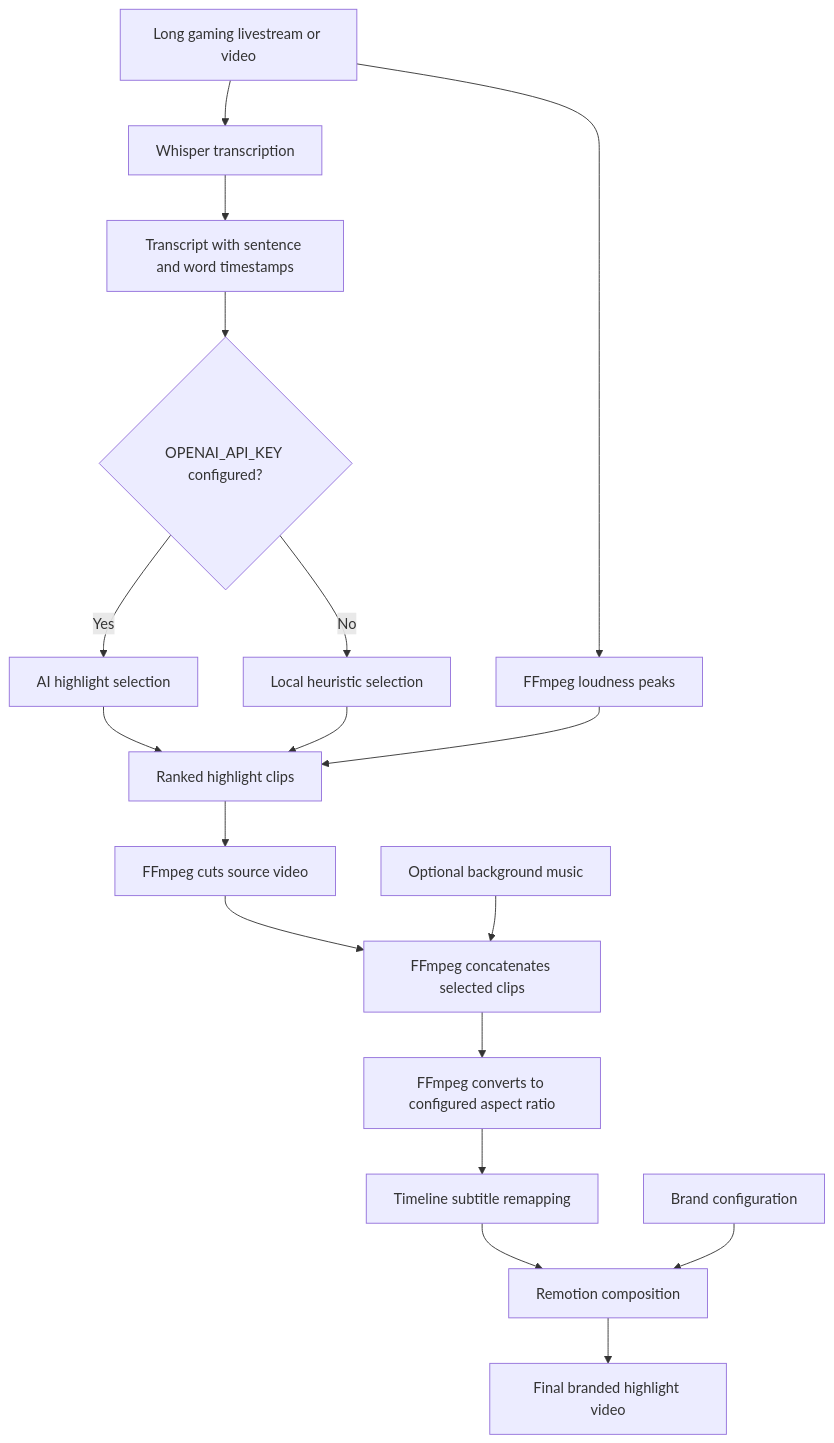
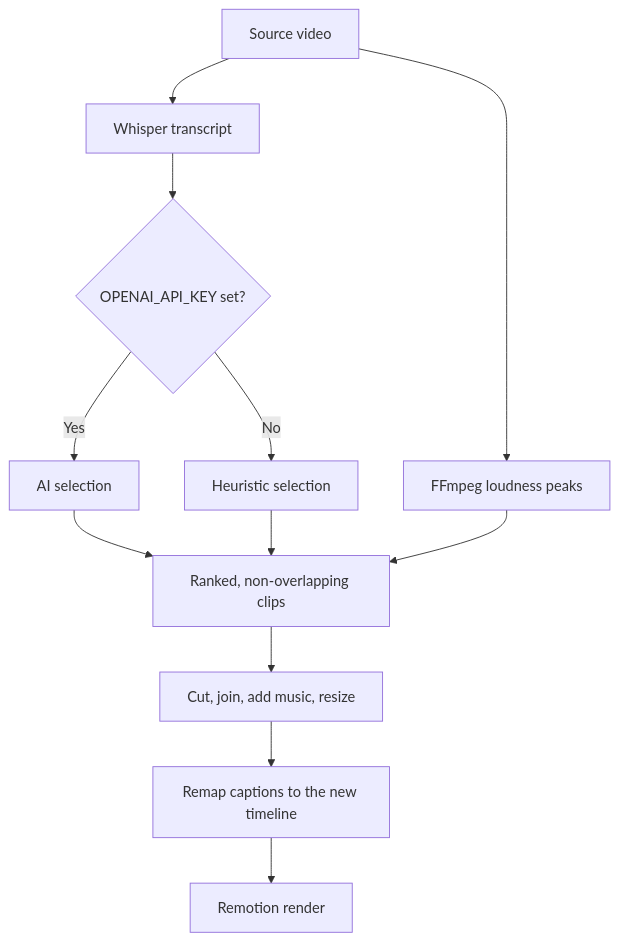
The diagram in README.md (dannyhoang249-hub/Gaming-Video-editing), drawn with Mermaid before and after one commit. The commit also changed other lines of this file and 3 other files, not shown here.

Commit message:
fix: shorter captions, correct music mixing, rewrite README

````diff
--- a/README.md
+++ b/README.md
@@ -43,27 +95,14 @@
 ```mermaid
 flowchart TD
-    A[Long gaming livestream or video] --> B[Whisper transcription]
-
-    B --> C[Transcript with sentence and word timestamps]
-    C --> D{OPENAI_API_KEY configured?}
-
-    D -->|Yes| E[AI highlight selection]
-    D -->|No| F[Local heuristic selection]
-
-    E --> G[Ranked highlight clips]
+    A[Source video] --> B[Whisper transcript]
+    A --> P[FFmpeg loudness peaks]
+    B --> D{OPENAI_API_KEY set?}
+    D -->|Yes| E[AI selection]
+    D -->|No| F[Heuristic selection]
+    E --> G[Ranked, non-overlapping clips]
     F --> G
-    A --> P[FFmpeg loudness peaks]
     P --> G
-
-    G --> H[FFmpeg cuts source video]
-    H --> I[FFmpeg concatenates selected clips]
-    I --> J[FFmpeg converts to configured aspect ratio]
-
-    J --> K[Timeline subtitle remapping]
-    K --> L[Remotion composition]
-
-    M[Brand configuration] --> L
-    N[Optional background music] --> I
-
-    L --> O[Final branded highlight video]
+    G --> H[Cut, join, add music, resize]
+    H --> I[Remap captions to the new timeline]
+    I --> J[Remotion render]
 ```
````
